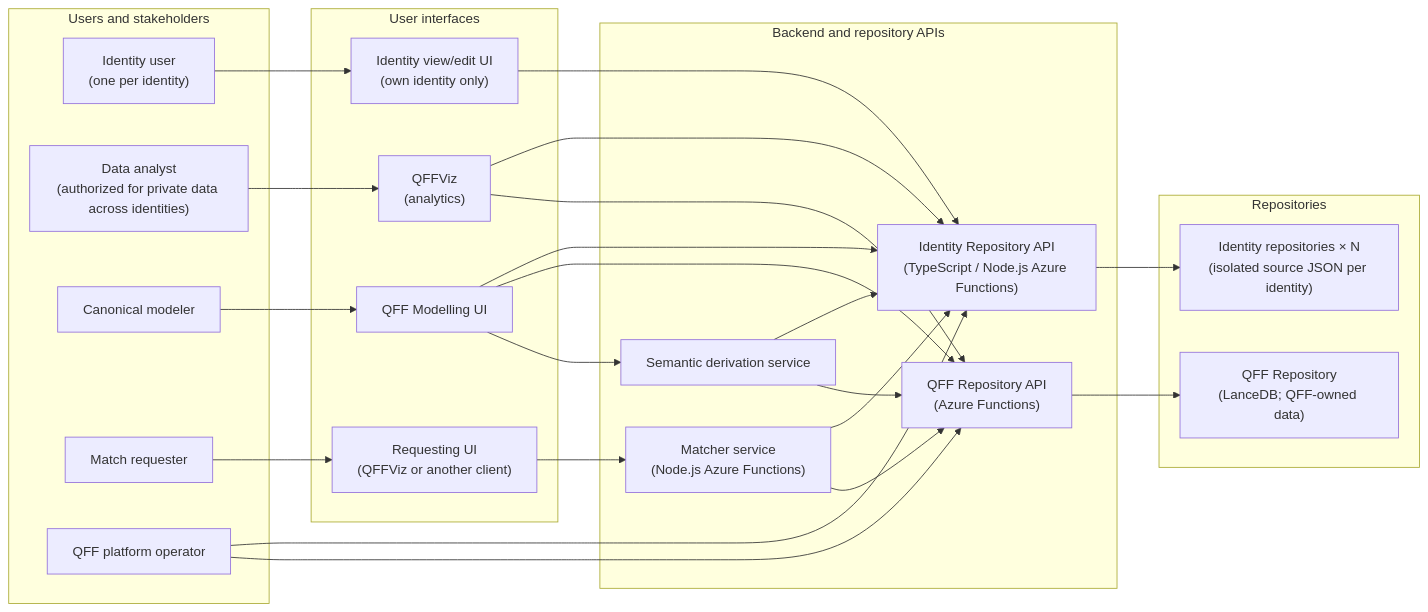
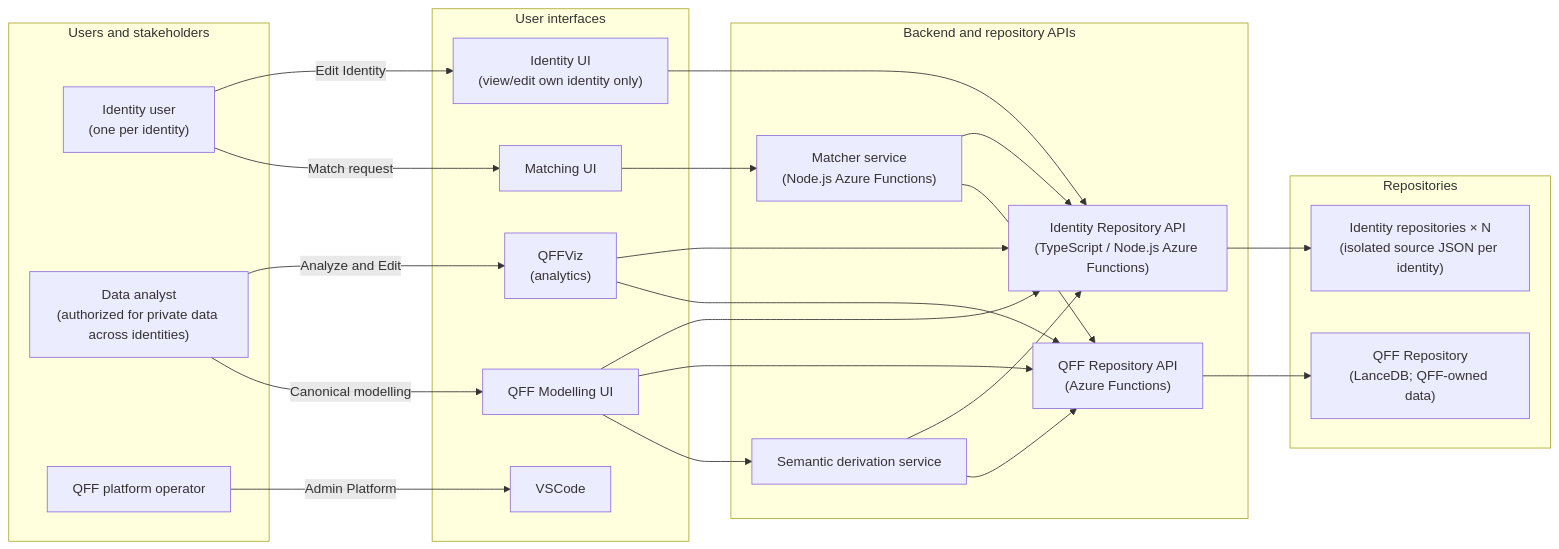
The diagram in module/QFF/plan-canonical-ontology.md (ZenMe-AU/ZBApp), drawn with Mermaid before and after one commit. The commit also changed other lines of this file, not shown here.

Commit message:
Revise plan document and flowchart for clarity
Updated the document title and made various adjustments to the flowchart and user interface descriptions to clarify roles and interactions.

````diff
--- a/module/QFF/plan-canonical-ontology.md
+++ b/module/QFF/plan-canonical-ontology.md
@@ -23,46 +23,44 @@
 ```mermaid
 flowchart LR
   subgraph People["Users and stakeholders"]
     IdentityUser["Identity user<br/>(one per identity)"]
     Analyst["Data analyst<br/>(authorized for private data across identities)"]
-    Modeler["Canonical modeler"]
-    Requester["Match requester"]
     Operator["QFF platform operator"]
   end
 
   subgraph UIs["User interfaces"]
-    IdentityUI["Identity view/edit UI<br/>(own identity only)"]
+    AdminPortal["VSCode"]
+    IdentityUI["Identity UI<br/>(view/edit own identity only)"]
     QFFViz["QFFViz<br/>(analytics)"]
     ModelingUI["QFF Modelling UI"]
-    RequestUI["Requesting UI<br/>(QFFViz or another client)"]
+    RequestUI["Matching UI"]
   end
 
   subgraph Services["Backend and repository APIs"]
     IdentityAPI["Identity Repository API<br/>(TypeScript / Node.js Azure Functions)"]
     QFFAPI["QFF Repository API<br/>(Azure Functions)"]
     Matcher["Matcher service<br/>(Node.js Azure Functions)"]
     Derivation["Semantic derivation service"]
   end
 
   subgraph Data["Repositories"]
     IdentityStores["Identity repositories × N<br/>(isolated source JSON per identity)"]
     QFFStore["QFF Repository<br/>(LanceDB; QFF-owned data)"]
   end
 
-  IdentityUser --> IdentityUI --> IdentityAPI --> IdentityStores
-  Analyst --> QFFViz
+  IdentityUser -- Edit Identity --> IdentityUI --> IdentityAPI --> IdentityStores
+  Analyst -- Analyze and Edit --> QFFViz
   QFFViz --> IdentityAPI
   QFFViz --> QFFAPI
-  Modeler --> ModelingUI
+  Analyst -- Canonical modelling --> ModelingUI
   ModelingUI --> IdentityAPI
   ModelingUI --> QFFAPI
   ModelingUI --> Derivation
-  Requester --> RequestUI --> Matcher
+  IdentityUser -- Match request --> RequestUI --> Matcher
   Matcher --> IdentityAPI
   Matcher --> QFFAPI
   Derivation --> IdentityAPI
   Derivation --> QFFAPI
   QFFAPI --> QFFStore
-  Operator --> IdentityAPI
-  Operator --> QFFAPI
+  Operator -- Admin Platform --> AdminPortal
 ```
````
